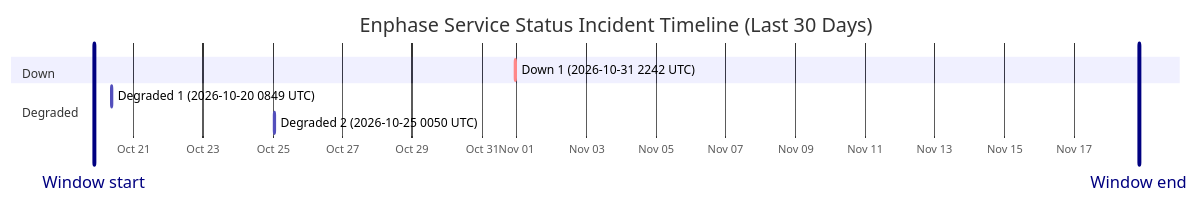
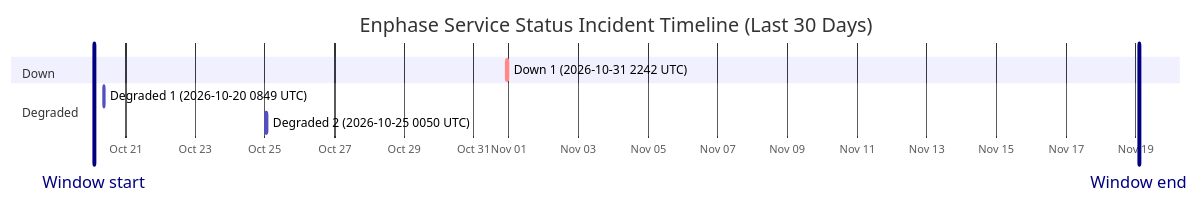
One commit to barneyonline/ha-enphase-energy changed the diagram in wiki/Service-Status-History.md. Above: the diagram before and after it, drawn with Mermaid. The commit also changed other lines of this file and 3 other files, not shown here.

````diff
--- a/wiki/Service-Status-History.md
+++ b/wiki/Service-Status-History.md
@@ -14,13 +14,13 @@
 ```mermaid
 gantt
     title Enphase Service Status Incident Timeline (Last 30 Days)
     dateFormat  YYYY-MM-DDTHH:mm:ss
     axisFormat  %b %d
-    Window start :vert, window-start, 2026-10-19T20:47:28, 0ms
-    Window end :vert, window-end, 2026-11-18T20:47:28, 0ms
+    Window start :vert, window-start, 2026-10-20T02:15:41, 0ms
+    Window end :vert, window-end, 2026-11-19T02:15:41, 0ms
     section Down
     Down 1 (2026-10-31 2242 UTC) :crit, down-1, 2026-10-31T22:42:18, 60m
     section Degraded
     Degraded 1 (2026-10-20 0849 UTC) :active, degraded-1, 2026-10-20T08:49:49, 60m
     Degraded 2 (2026-10-25 0050 UTC) :active, degraded-2, 2026-10-25T00:50:01, 60m
 ```
````
